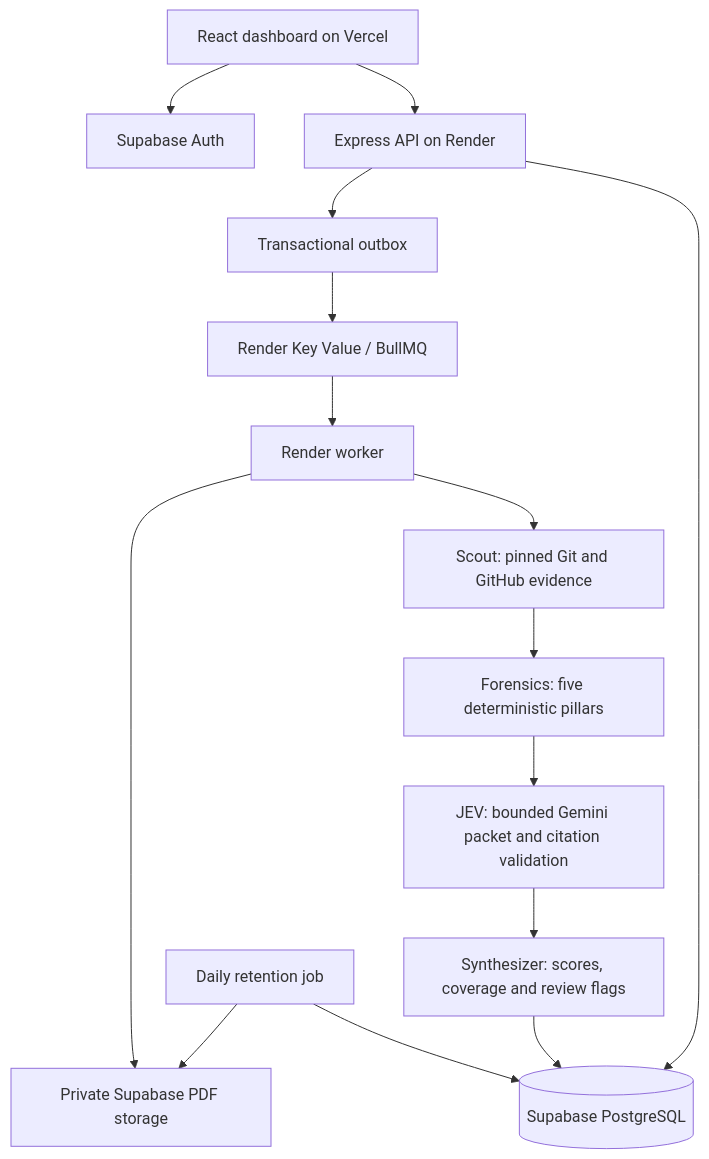
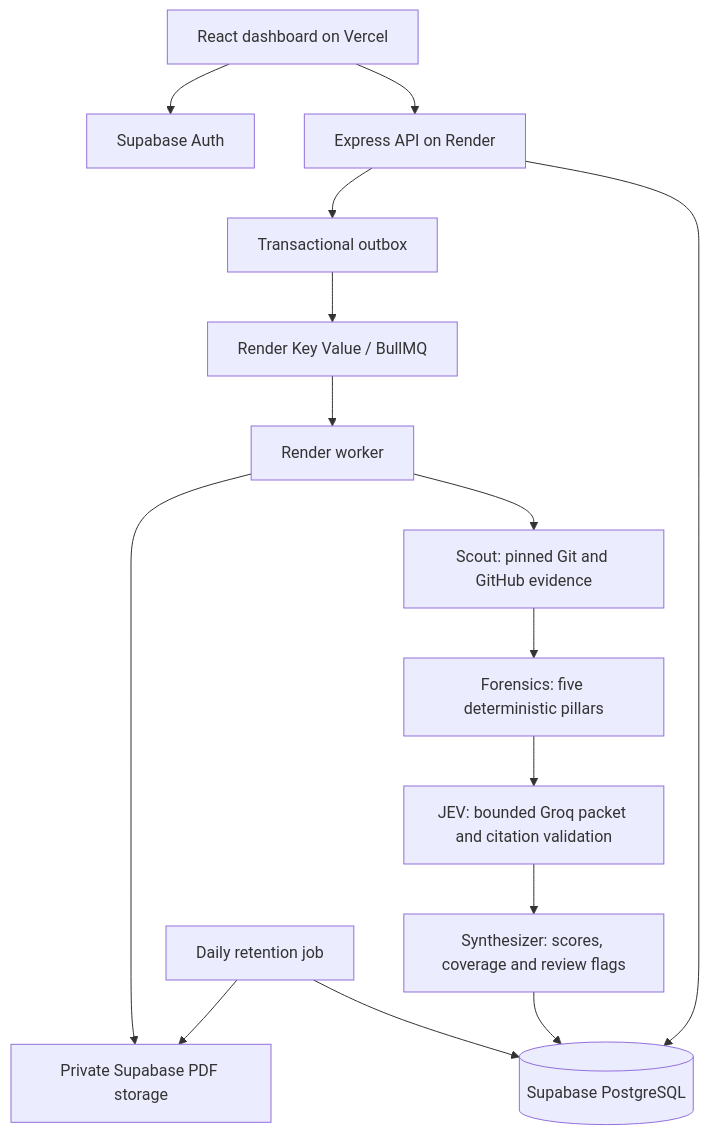
The diagram in ARCHITECTURE.md (nikhil49023/sift), drawn with Mermaid before and after one commit. The commit also changed other lines of this file and 17 other files, not shown here.

Commit message:
feat(jev): use Groq strict judgments with verified citations and bounded retries

````diff
--- a/ARCHITECTURE.md
+++ b/ARCHITECTURE.md
@@ -5,17 +5,17 @@
 ```mermaid
 flowchart TD
     UI[React dashboard on Vercel] --> API[Express API on Render]
     UI --> Auth[Supabase Auth]
     API --> DB[(Supabase PostgreSQL)]
     API --> Outbox[Transactional outbox]
     Outbox --> Queue[Render Key Value / BullMQ]
     Queue --> Worker[Render worker]
     Worker --> Scout[Scout: pinned Git and GitHub evidence]
     Scout --> Forensics[Forensics: five deterministic pillars]
-    Forensics --> Judge[JEV: bounded Gemini packet and citation validation]
+    Forensics --> Judge[JEV: bounded Groq packet and citation validation]
     Judge --> Synth[Synthesizer: scores, coverage and review flags]
     Synth --> DB
     Worker --> Storage[Private Supabase PDF storage]
     Retention[Daily retention job] --> DB
     Retention --> Storage
 ```
````
